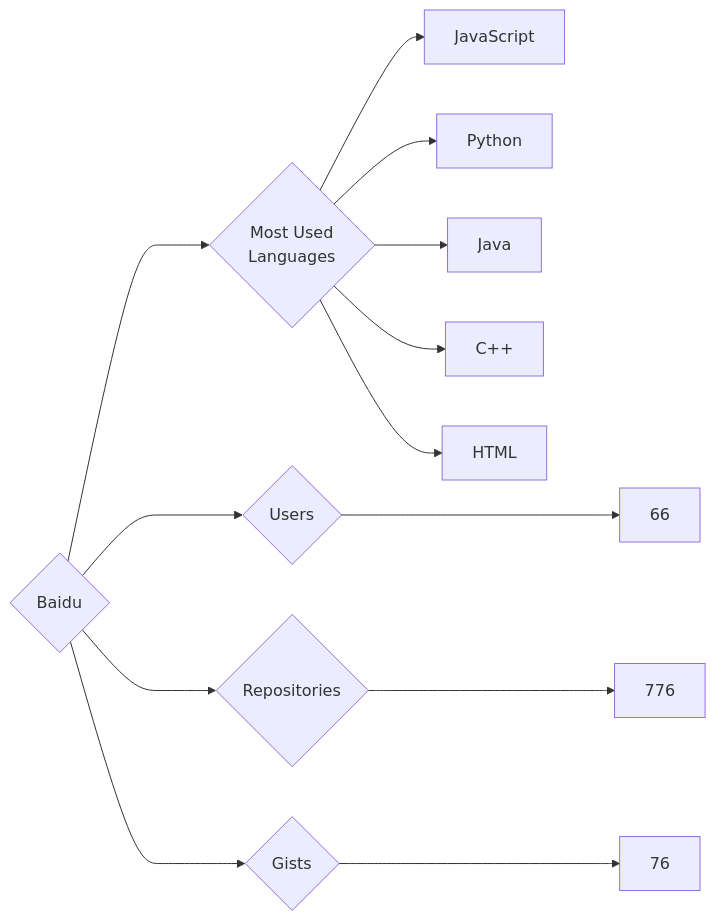
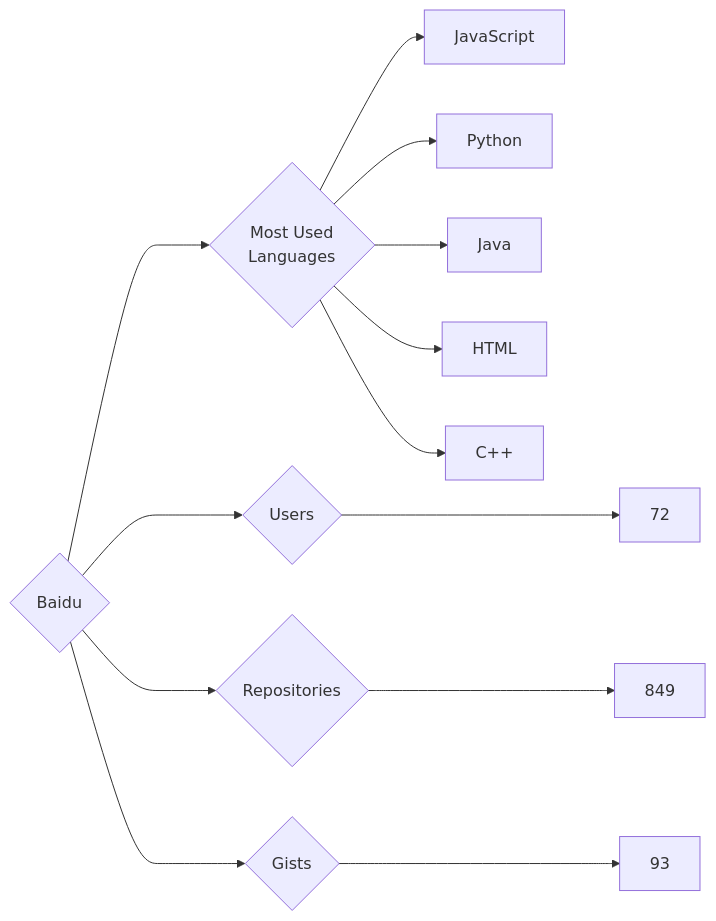
The diagram in targets/Baidu/README.md (trickest/insiders), drawn with Mermaid before and after one commit. The commit also changed 928 other files, not shown here.

````diff
--- a/targets/Baidu/README.md
+++ b/targets/Baidu/README.md
@@ -3,13 +3,13 @@
 ```mermaid
 graph LR
 COMPANY_NAME{Baidu}
-COMPANY_NAME ---> U{Users} ---> UN[66]
-COMPANY_NAME ---> R{Repositories} ---> RN[776]
-COMPANY_NAME ---> G{Gists} ---> GN[76]
+COMPANY_NAME ---> U{Users} ---> UN[72]
+COMPANY_NAME ---> R{Repositories} ---> RN[849]
+COMPANY_NAME ---> G{Gists} ---> GN[93]
 COMPANY_NAME ---> ML{Most Used<br>Languages}
 ML --> JavaScript[JavaScript]
 ML --> Python[Python]
 ML --> Java[Java]
+ML --> HTML[HTML]
 ML --> C++[C++]
-ML --> HTML[HTML]
 ```
````
